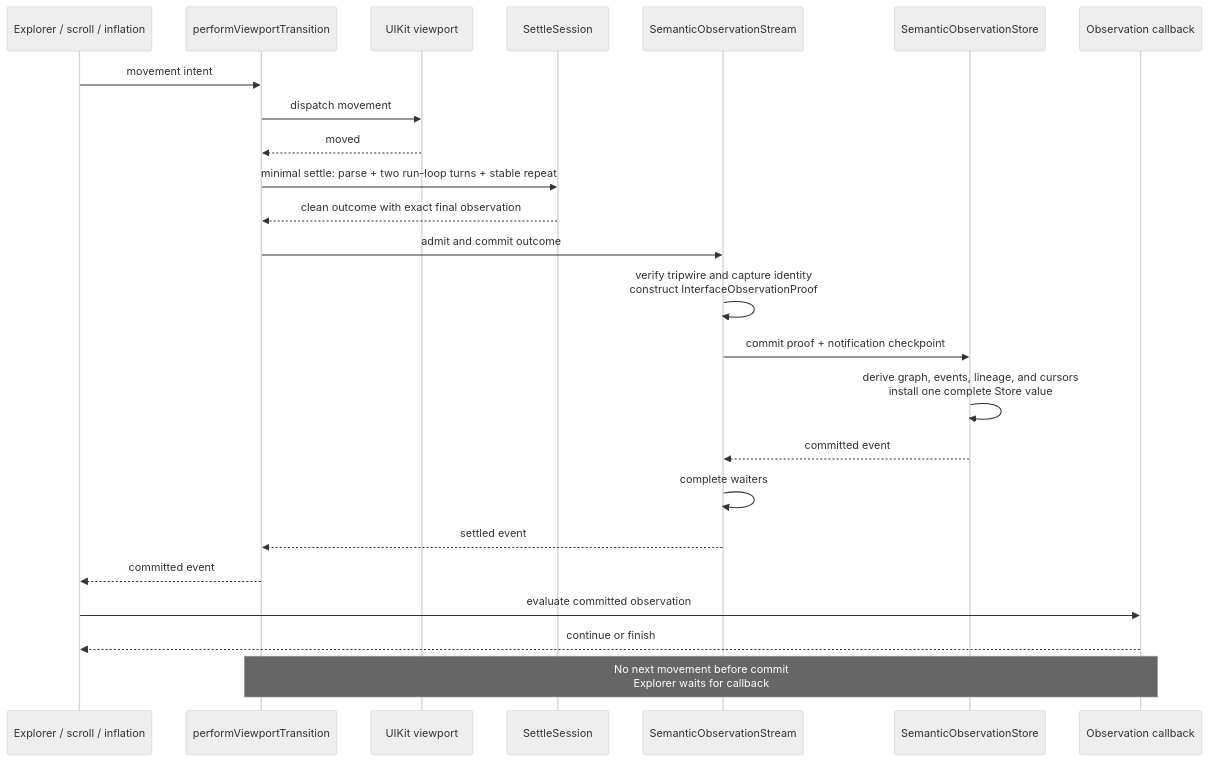
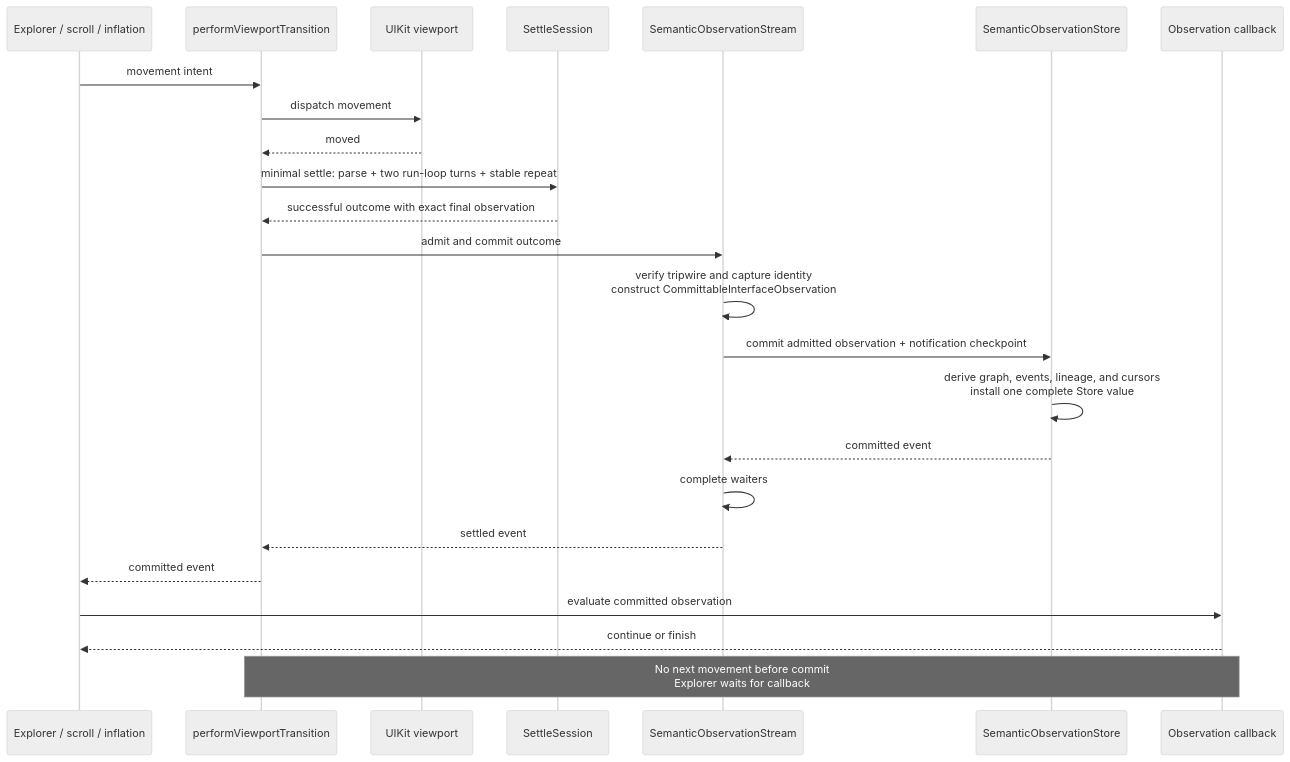
The second of 5 diagrams in docs/diagrams/observation-pipeline.md (RoyalPineapple/TheButtonHeist), drawn with Mermaid (neutral theme) before and after one commit. The commit also changed other lines of this file and 461 other files, not shown here.

````diff
--- a/docs/diagrams/observation-pipeline.md
+++ b/docs/diagrams/observation-pipeline.md
@@ -115,27 +115,27 @@
 ```mermaid
 sequenceDiagram
     participant Caller as Explorer / scroll / inflation
     participant Transition as performViewportTransition
     participant UIKit as UIKit viewport
     participant Settle as SettleSession
     participant Stream as SemanticObservationStream
     participant Store as SemanticObservationStore
     participant Callback as Observation callback
 
     Caller->>Transition: movement intent
     Transition->>UIKit: dispatch movement
     UIKit-->>Transition: moved
     Transition->>Settle: minimal settle: parse + two run-loop turns + stable repeat
-    Settle-->>Transition: clean outcome with exact final observation
+    Settle-->>Transition: successful outcome with exact final observation
     Transition->>Stream: admit and commit outcome
-    Stream->>Stream: verify tripwire and capture identity<br/>construct InterfaceObservationProof
-    Stream->>Store: commit proof + notification checkpoint
+    Stream->>Stream: verify tripwire and capture identity<br/>construct CommittableInterfaceObservation
+    Stream->>Store: commit admitted observation + notification checkpoint
     Store->>Store: derive graph, events, lineage, and cursors<br/>install one complete Store value
     Store-->>Stream: committed event
     Stream->>Stream: complete waiters
     Stream-->>Transition: settled event
     Transition-->>Caller: committed event
     Caller->>Callback: evaluate committed observation
     Callback-->>Caller: continue or finish
     Note over Transition,Callback: No next movement before commit<br/>Explorer waits for callback
 ```
````
